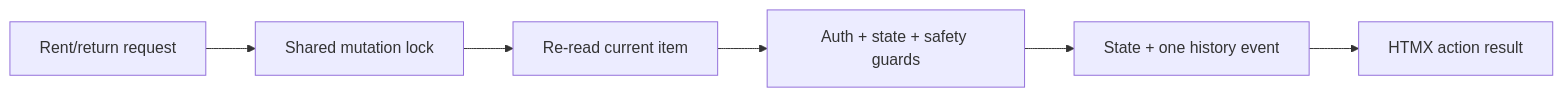
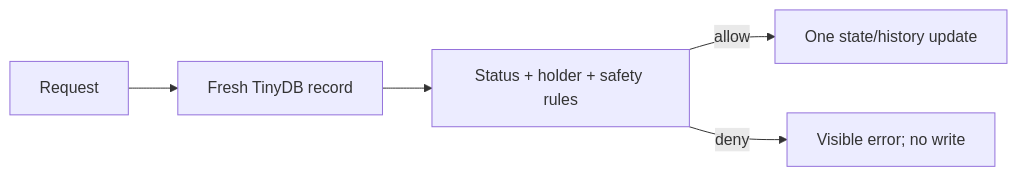
The fourth of 5 diagrams in docs/superpowers/plans/2026-07-22-hardware-hub-roadmap.md (komaksym/booksy-assignment), drawn with Mermaid before and after one commit. The commit also changed other lines of this file and 3 other files, not shown here.

First line of the commit message:
docs(roadmap): focus MVP delivery

````diff
--- a/docs/superpowers/plans/2026-07-22-hardware-hub-roadmap.md
+++ b/docs/superpowers/plans/2026-07-22-hardware-hub-roadmap.md
@@ -806,8 +529,7 @@
-  ```mermaid
-  flowchart LR
-      Request["Rent/return request"] --> Lock["Shared mutation lock"]
-      Lock --> Read["Re-read current item"]
-      Read --> Rules["Auth + state + safety guards"]
-      Rules --> Write["State + one history event"]
-      Write --> Fragment["HTMX action result"]
-  ```
+```mermaid
+flowchart LR
+    Request --> Reload["Fresh TinyDB record"]
+    Reload --> Rules["Status + holder + safety rules"]
+    Rules -->|allow| Update["One state/history update"]
+    Rules -->|deny| Error["Visible error; no write"]
+```
````
